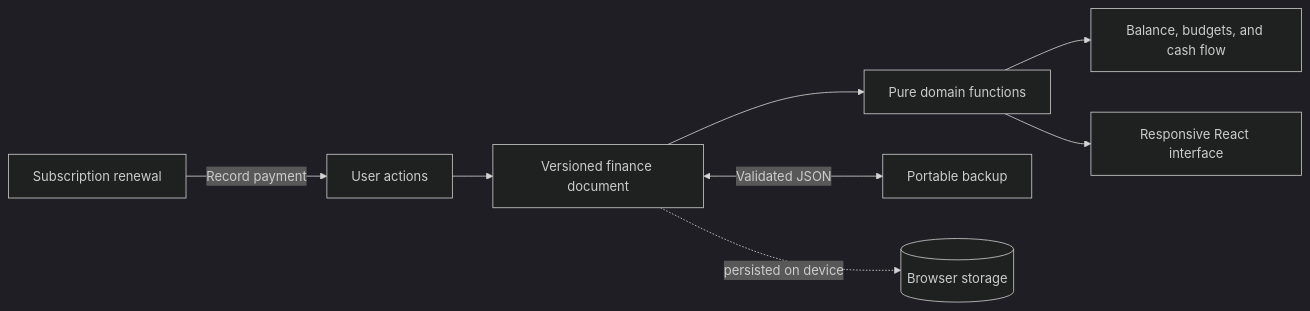
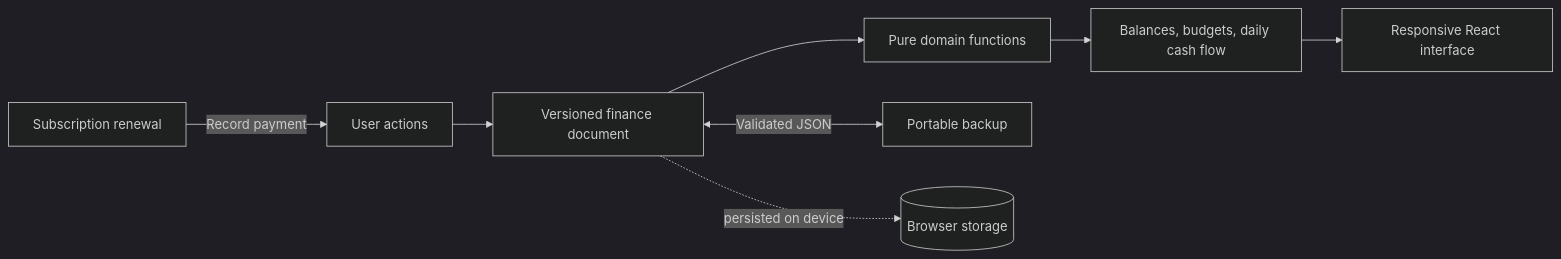
One commit to ethankpham03-ui/tally changed the diagram in README.md. Above: the diagram before and after it, drawn with Mermaid (dark theme). The commit also changed other lines of this file and 14 other files, not shown here.

````diff
--- a/README.md
+++ b/README.md
@@ -70,10 +95,10 @@
 ```mermaid
 flowchart LR
   A[User actions] --> B[Versioned finance document]
   B --> C[Pure domain functions]
-  C --> D[Balance, budgets, and cash flow]
-  C --> E[Responsive React interface]
+  C --> D[Balances, budgets, daily cash flow]
+  D --> E[Responsive React interface]
   F[Subscription renewal] -->|Record payment| A
   B <-->|Validated JSON| G[Portable backup]
   B -. persisted on device .-> H[(Browser storage)]
 ```
````
